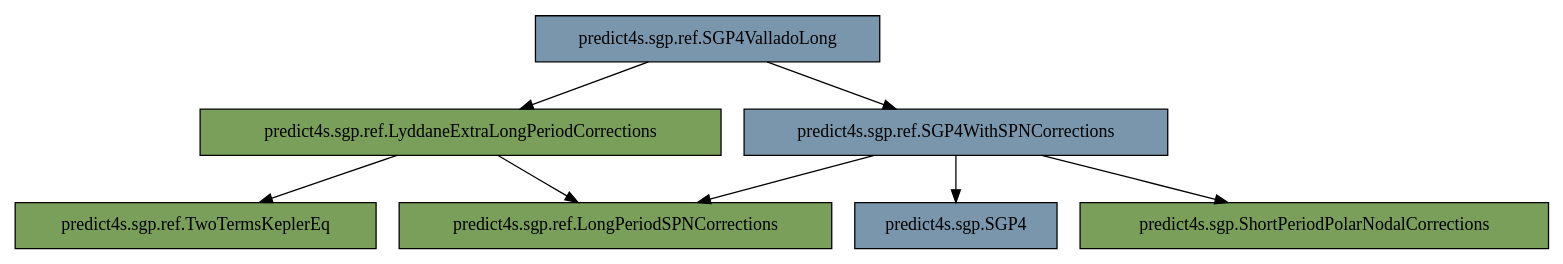
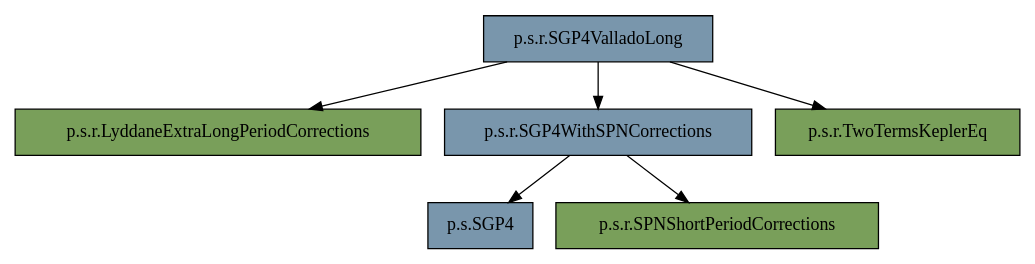
Before and after one commit to pleira/SGP4Extensions: the diagram in doc/graphviz/valladolong.dot, drawn with Graphviz. The commit also changed other lines of this file and 4 other files, not shown here.

```diff
--- a/doc/graphviz/valladolong.dot
+++ b/doc/graphviz/valladolong.dot
@@ -1,23 +1,20 @@
 digraph "diagram" {
 
 node  [shape="record", style="filled"]
 
 edge  [arrowtail="none"]
 
-"predict4s.sgp.SGP4" [fillcolor="#7996AC"]
-"predict4s.sgp.ShortPeriodPolarNodalCorrections" [fillcolor="#799F5A"]
-"predict4s.sgp.ref.LongPeriodSPNCorrections" [fillcolor="#799F5A"]
-"predict4s.sgp.ref.LyddaneExtraLongPeriodCorrections" [fillcolor="#799F5A"]
-"predict4s.sgp.ref.SGP4ValladoLong" [fillcolor="#7996AC"]
-"predict4s.sgp.ref.SGP4WithSPNCorrections" [fillcolor="#7996AC"]
-"predict4s.sgp.ref.TwoTermsKeplerEq" [fillcolor="#799F5A"]
+"p.s.SGP4" [fillcolor="#7996AC"]
+"p.s.r.LyddaneExtraLongPeriodCorrections" [fillcolor="#799F5A"]
+"p.s.r.SGP4ValladoLong" [fillcolor="#7996AC"]
+"p.s.r.SGP4WithSPNCorrections" [fillcolor="#7996AC"]
+"p.s.r.SPNShortPeriodCorrections" [fillcolor="#799F5A"]
+"p.s.r.TwoTermsKeplerEq" [fillcolor="#799F5A"]
 
-"predict4s.sgp.ref.SGP4WithSPNCorrections" -> "predict4s.sgp.SGP4"
-"predict4s.sgp.ref.SGP4WithSPNCorrections" -> "predict4s.sgp.ref.LongPeriodSPNCorrections"
-"predict4s.sgp.ref.SGP4WithSPNCorrections" -> "predict4s.sgp.ShortPeriodPolarNodalCorrections"
-"predict4s.sgp.ref.LyddaneExtraLongPeriodCorrections" -> "predict4s.sgp.ref.LongPeriodSPNCorrections"
-"predict4s.sgp.ref.LyddaneExtraLongPeriodCorrections" -> "predict4s.sgp.ref.TwoTermsKeplerEq"
-"predict4s.sgp.ref.SGP4ValladoLong" -> "predict4s.sgp.ref.SGP4WithSPNCorrections"
-"predict4s.sgp.ref.SGP4ValladoLong" -> "predict4s.sgp.ref.LyddaneExtraLongPeriodCorrections"
+"p.s.r.SGP4WithSPNCorrections" -> "p.s.SGP4"
+"p.s.r.SGP4WithSPNCorrections" -> "p.s.r.SPNShortPeriodCorrections"
+"p.s.r.SGP4ValladoLong" -> "p.s.r.SGP4WithSPNCorrections"
+"p.s.r.SGP4ValladoLong" -> "p.s.r.LyddaneExtraLongPeriodCorrections"
+"p.s.r.SGP4ValladoLong" -> "p.s.r.TwoTermsKeplerEq"
 
 }
```
